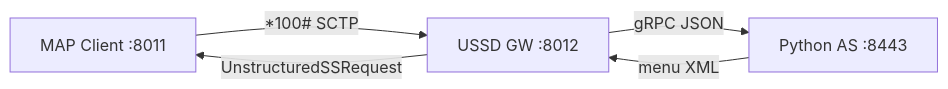
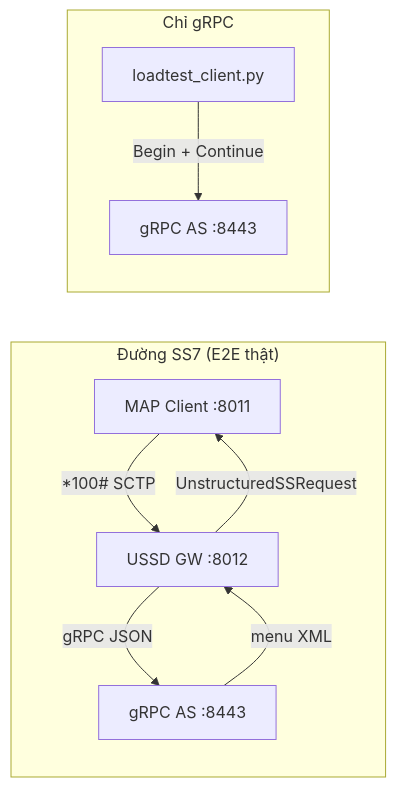
The diagram in docs/e2e-grpc-ussd-test.md (nhanth87/ussdgw), drawn with Mermaid before and after one commit. The commit also changed other lines of this file and 5 other files, not shown here.

````diff
--- a/docs/e2e-grpc-ussd-test.md
+++ b/docs/e2e-grpc-ussd-test.md
@@ -514,7 +789,18 @@
 ```mermaid
 flowchart LR
-  MAP["MAP Client :8011"] -->|"*100# SCTP"| GW["USSD GW :8012"]
-  GW -->|"gRPC JSON"| AS["Python AS :8443"]
-  AS -->|"menu XML"| GW
-  GW -->|"UnstructuredSSRequest"| MAP
+  subgraph ss7["Đường SS7 (E2E thật)"]
+    MAP["MAP Client :8011"]
+    GW["USSD GW :8012"]
+    GRPC["gRPC AS :8443"]
+    MAP -->|"*100# SCTP"| GW
+    GW -->|"gRPC JSON"| GRPC
+    GRPC -->|"menu XML"| GW
+    GW -->|"UnstructuredSSRequest"| MAP
+  end
+
+  subgraph grpc_only["Chỉ gRPC"]
+    LT["loadtest_client.py"]
+    GRPC2["gRPC AS :8443"]
+    LT -->|"Begin + Continue"| GRPC2
+  end
 ```
````
